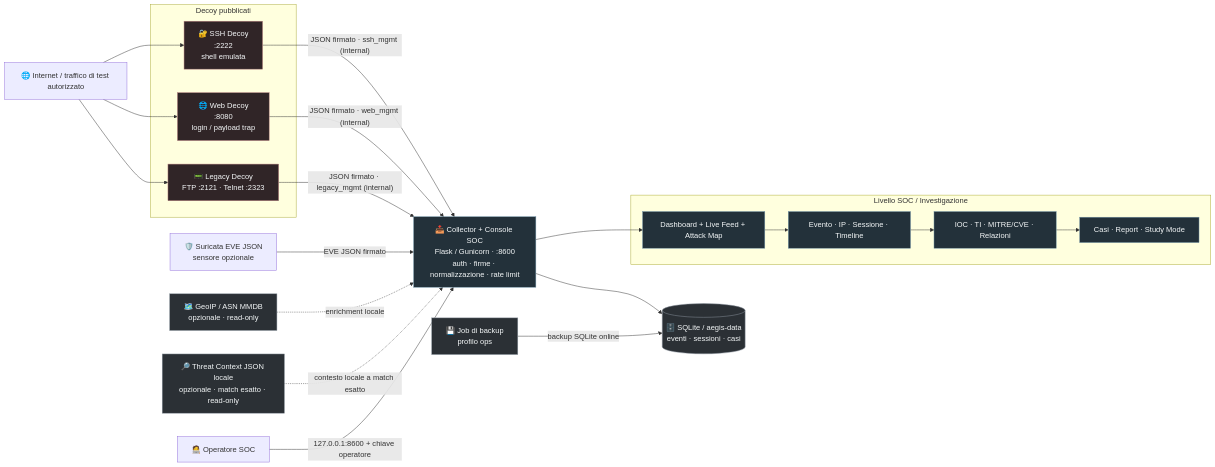
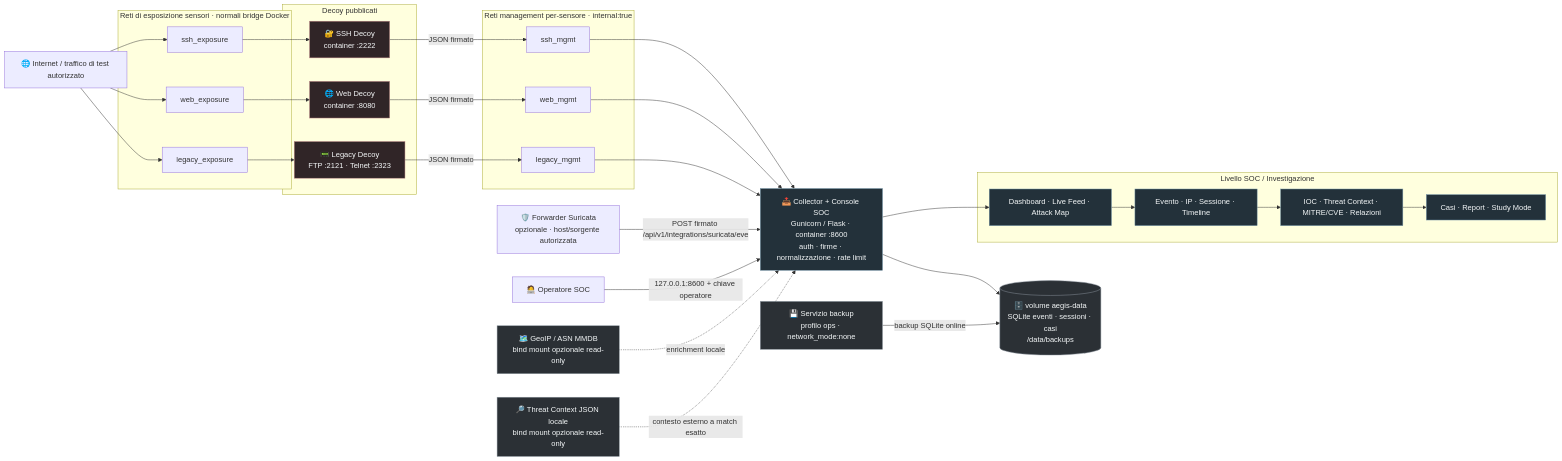
The diagram in README.it.md (chiaraberti13/AEGIS-NEXUS), drawn with Mermaid before and after one commit. The commit also changed other lines of this file, not shown here.

Commit message:
Allinea diagramma e istruzioni italiane alla topologia reale

````diff
--- a/README.it.md
+++ b/README.it.md
@@ -44,49 +44,62 @@
 ```mermaid
 flowchart LR
     traffic["🌐 Internet / traffico di test autorizzato"]
     operator["🧑‍💻 Operatore SOC"]
-    suricata["🛡️ Suricata EVE JSON<br/>sensore opzionale"]
+    suricata["🛡️ Forwarder Suricata<br/>opzionale · host/sorgente autorizzata"]
+
+    subgraph exposure["Reti di esposizione sensori · normali bridge Docker"]
+        sx["ssh_exposure"]
+        wx["web_exposure"]
+        lx["legacy_exposure"]
+    end
 
     subgraph traps["Decoy pubblicati"]
-        ssh["🔐 SSH Decoy<br/>:2222<br/>shell emulata"]
-        web["🌐 Web Decoy<br/>:8080<br/>login / payload trap"]
+        ssh["🔐 SSH Decoy<br/>container :2222"]
+        web["🌐 Web Decoy<br/>container :8080"]
         legacy["📟 Legacy Decoy<br/>FTP :2121 · Telnet :2323"]
     end
 
-    collector["📥 Collector + Console SOC<br/>Flask / Gunicorn · :8600<br/>auth · firme · normalizzazione · rate limit"]
-    sqlite[("🗄️ SQLite / aegis-data<br/>eventi · sessioni · casi")]
-    geo["🗺️ GeoIP / ASN MMDB<br/>opzionale · read-only"]
-    threat["🔎 Threat Context JSON locale<br/>opzionale · match esatto · read-only"]
-    backup["💾 Job di backup<br/>profilo ops"]
+    subgraph mgmt["Reti management per-sensore · internal:true"]
+        sm["ssh_mgmt"]
+        wm["web_mgmt"]
+        lm["legacy_mgmt"]
+    end
+
+    collector["📥 Collector + Console SOC<br/>Gunicorn / Flask · container :8600<br/>auth · firme · normalizzazione · rate limit"]
+    data[("🗄️ volume aegis-data<br/>SQLite eventi · sessioni · casi<br/>/data/backups")]
+    geo["🗺️ GeoIP / ASN MMDB<br/>bind mount opzionale read-only"]
+    threat["🔎 Threat Context JSON locale<br/>bind mount opzionale read-only"]
+    backup["💾 Servizio backup<br/>profilo ops · network_mode:none"]
 
     subgraph soc["Livello SOC / Investigazione"]
-        dashboard["Dashboard + Live Feed + Attack Map"]
+        dashboard["Dashboard · Live Feed · Attack Map"]
         investigation["Evento · IP · Sessione · Timeline"]
-        analysis["IOC · TI · MITRE/CVE · Relazioni"]
+        analysis["IOC · Threat Context · MITRE/CVE · Relazioni"]
         cases["Casi · Report · Study Mode"]
     end
 
-    traffic --> ssh
-    traffic --> web
-    traffic --> legacy
+    traffic --> sx --> ssh
+    traffic --> wx --> web
+    traffic --> lx --> legacy
 
-    ssh -->|"JSON firmato · ssh_mgmt (internal)"| collector
-    web -->|"JSON firmato · web_mgmt (internal)"| collector
-    legacy -->|"JSON firmato · legacy_mgmt (internal)"| collector
-    suricata -->|"EVE JSON firmato"| collector
+    ssh -->|"JSON firmato"| sm --> collector
+    web -->|"JSON firmato"| wm --> collector
+    legacy -->|"JSON firmato"| lm --> collector
+
+    suricata -->|"POST firmato /api/v1/integrations/suricata/eve"| collector
+    operator -->|"127.0.0.1:8600 + chiave operatore"| collector
 
     geo -. "enrichment locale" .-> collector
-    threat -. "contesto locale a match esatto" .-> collector
-    collector --> sqlite
-    collector --> dashboard
-    dashboard --> investigation --> analysis --> cases
-    operator -->|"127.0.0.1:8600 + chiave operatore"| collector
-    backup -->|"backup SQLite online"| sqlite
+    threat -. "contesto esterno a match esatto" .-> collector
+
+    collector --> data
+    backup -->|"backup SQLite online"| data
+    collector --> dashboard --> investigation --> analysis --> cases
 
     classDef trap fill:#302527,stroke:#b98282,color:#f4f7f8;
     classDef core fill:#23313a,stroke:#7193a7,color:#f4f7f8;
     classDef data fill:#2b3035,stroke:#8b959e,color:#f4f7f8;
     class ssh,web,legacy trap;
     class collector,dashboard,investigation,analysis,cases core;
-    class sqlite,geo,threat,backup data;
+    class data,geo,threat,backup data;
 ```
````
